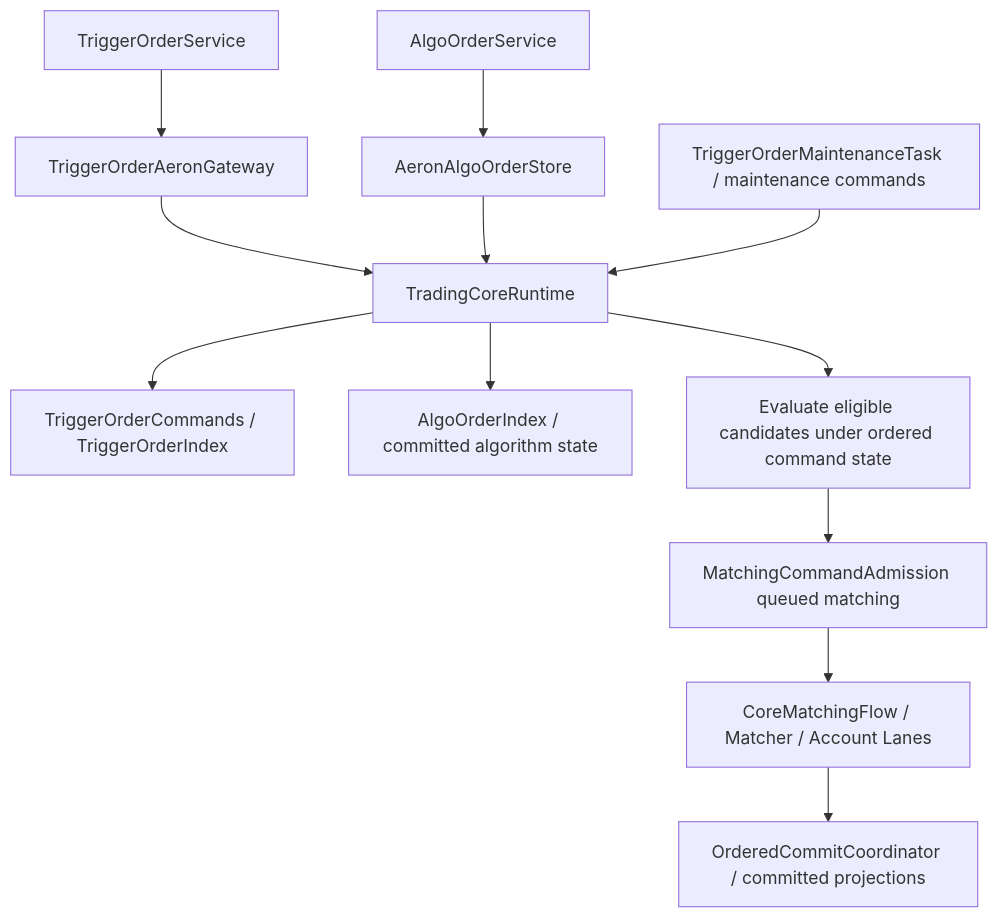
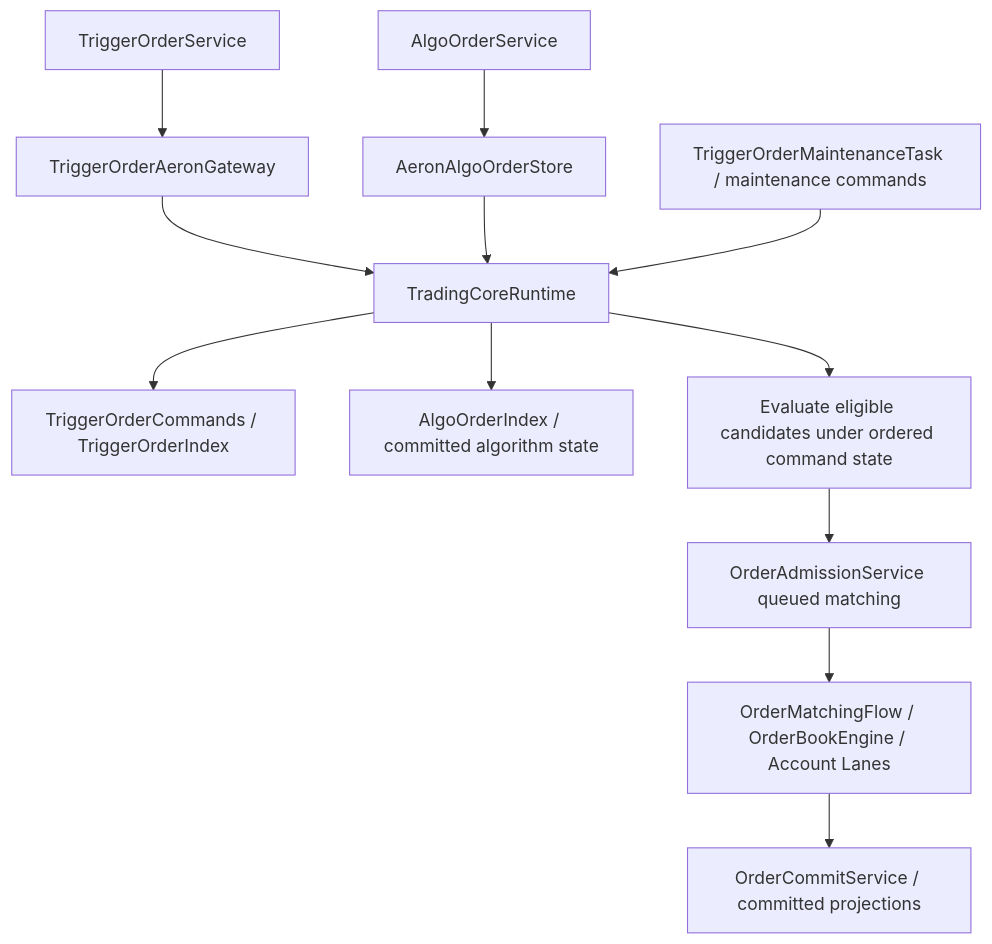
The eighth of 15 diagrams in README.md (lilaizhencn/surprising-ex), drawn with Mermaid before and after one commit. The commit also changed other lines of this file and 14 other files, not shown here.

First line of the commit message:
docs(aeron): align architecture docs with the current order path

````diff
--- a/README.md
+++ b/README.md
@@ -218,14 +217,14 @@
 ```mermaid
 flowchart TB
     Trigger[TriggerOrderService] --> TG[TriggerOrderAeronGateway]
     Algo[AlgoOrderService] --> Store[AeronAlgoOrderStore]
     TG --> Core[TradingCoreRuntime]
     Store --> Core
     Core --> TriggerState[TriggerOrderCommands / TriggerOrderIndex]
     Core --> AlgoState[AlgoOrderIndex / committed algorithm state]
     Maintenance[TriggerOrderMaintenanceTask / maintenance commands] --> Core
     Core --> Candidates[Evaluate eligible candidates under ordered command state]
-    Candidates --> Admission[MatchingCommandAdmission queued matching]
-    Admission --> Common[CoreMatchingFlow / Matcher / Account Lanes]
-    Common --> Commit[OrderedCommitCoordinator / committed projections]
+    Candidates --> Admission[OrderAdmissionService queued matching]
+    Admission --> Common[OrderMatchingFlow / OrderBookEngine / Account Lanes]
+    Common --> Commit[OrderCommitService / committed projections]
 ```
````
